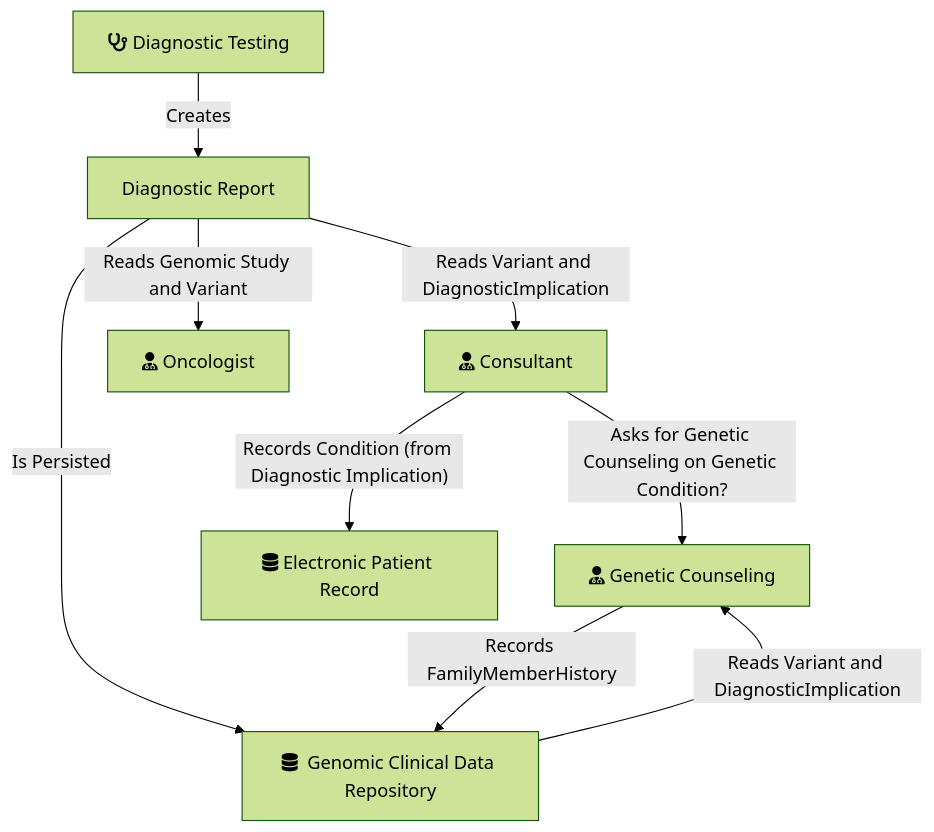
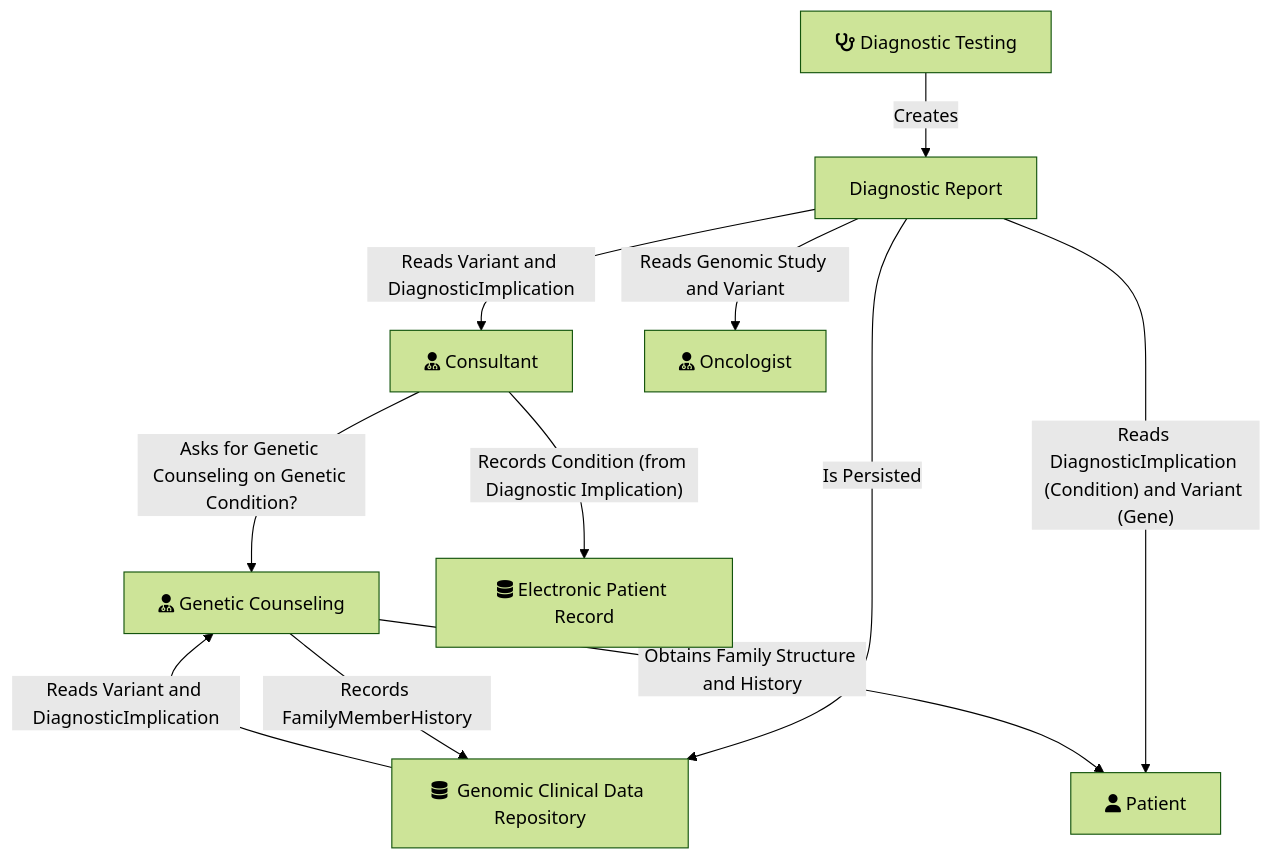
One commit to uk-gov-mirror/nw-gmsa.nw-gmsa.github.com changed the second of 3 diagrams in input/pagecontent/index.md. Above: the diagram before and after it, drawn with Mermaid (forest theme). The commit also changed other lines of this file, not shown here.

Commit message:
Diagnostic Implication

````diff
--- a/input/pagecontent/index.md
+++ b/input/pagecontent/index.md
@@ -57,13 +57,16 @@
 ```mermaid
 graph TD;
 
     DiagnosticTesting[fas:fa-stethoscope Diagnostic Testing]  --> |Creates| DiagnosticReport[Diagnostic Report]
     DiagnosticReport --> |Reads Variant and DiagnosticImplication| Consultant[fas:fa-user-md Consultant]
     GenomicCDR --> |Reads Variant and DiagnosticImplication| GeneticCounseling[fas:fa-user-md Genetic Counseling]
     DiagnosticReport --> |Reads Genomic Study and Variant| Oncologist[fas:fa-user-md Oncologist]
     DiagnosticReport --> |Is Persisted| GenomicCDR
+    DiagnosticReport --> |"Reads DiagnosticImplication (Condition) and Variant (Gene)"| Patient[fas:fa-user Patient]
 
     Consultant --> |"Records Condition (from Diagnostic Implication)"| EPR[fas:fa-database Electronic Patient Record]
+    
+    GeneticCounseling --> |Obtains Family Structure and History| Patient
     GeneticCounseling --> |Records FamilyMemberHistory| GenomicCDR[fas:fa-database  Genomic Clinical Data Repository]
     Consultant --> |Asks for Genetic Counseling on Genetic Condition?| GeneticCounseling
 ```
````
